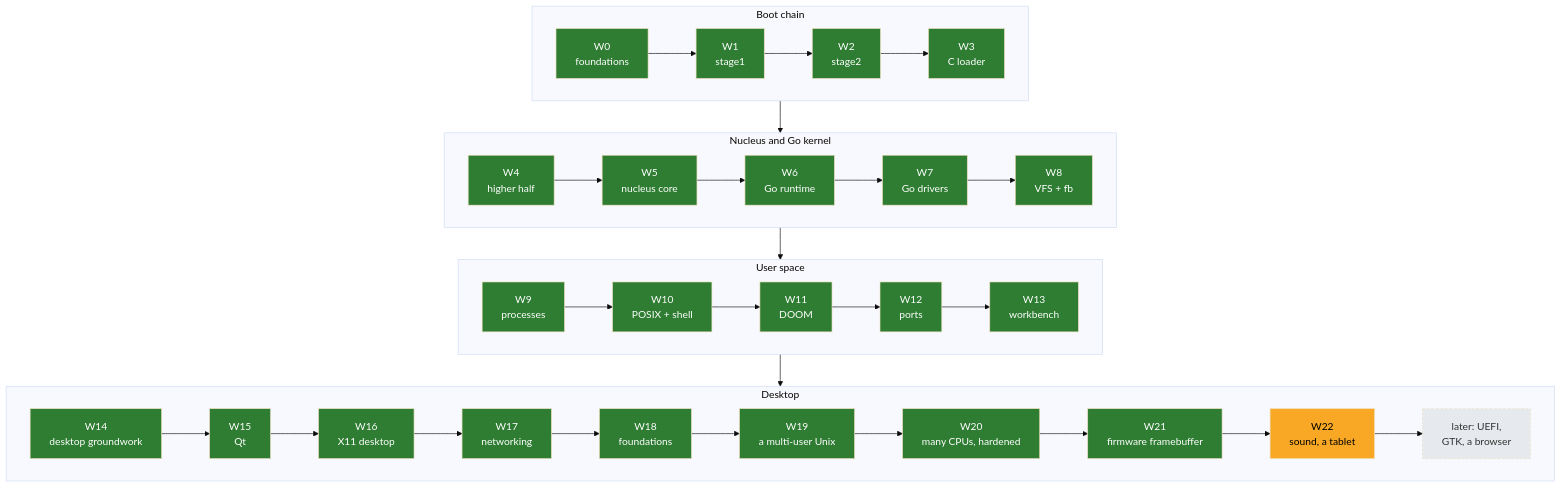
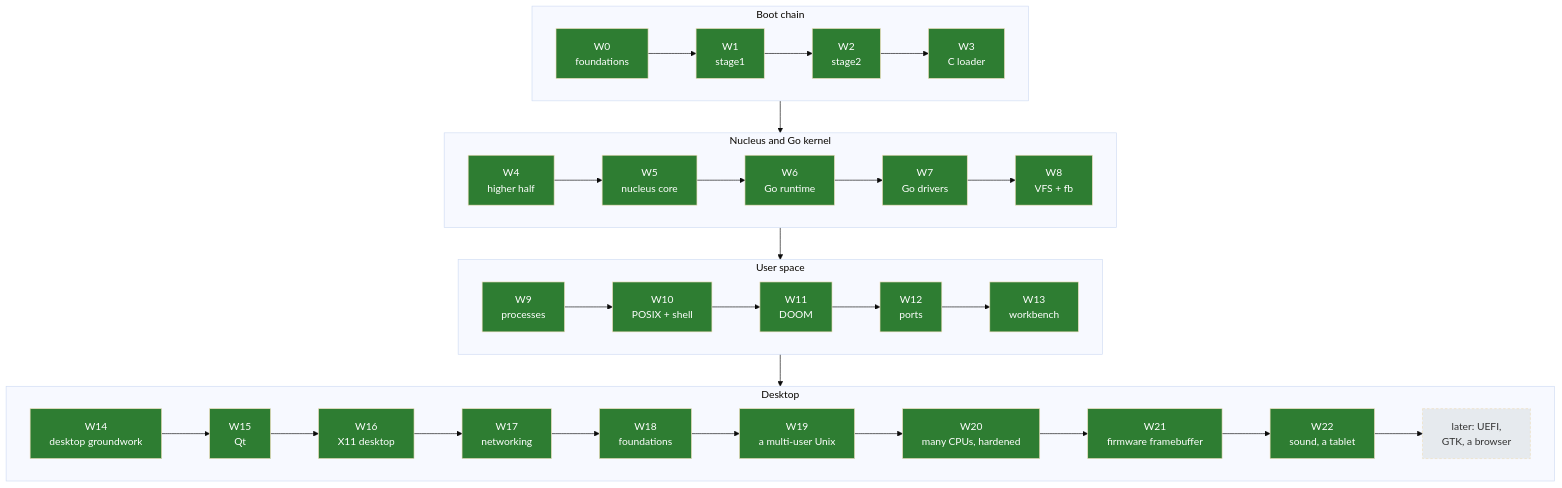
One commit to decagondev/burrow changed the diagram in docs/04-plan/ROADMAP.md. Above: the diagram before and after it, drawn with Mermaid (base theme). The commit also changed other lines of this file and 11 other files, not shown here.

````diff
--- a/docs/04-plan/ROADMAP.md
+++ b/docs/04-plan/ROADMAP.md
@@ -31,26 +31,25 @@
 ```mermaid
 flowchart TB
     subgraph boot["Boot chain"]
         direction LR
         W0["W0<br/>foundations"] --> W1["W1<br/>stage1"] --> W2["W2<br/>stage2"] --> W3["W3<br/>C loader"]
     end
     subgraph core["Nucleus and Go kernel"]
         direction LR
         W4["W4<br/>higher half"] --> W5["W5<br/>nucleus core"] --> W6["W6<br/>Go runtime"] --> W7["W7<br/>Go drivers"] --> W8["W8<br/>VFS + fb"]
     end
     subgraph unix["User space"]
         direction LR
         W9["W9<br/>processes"] --> W10["W10<br/>POSIX + shell"] --> W11["W11<br/>DOOM"] --> W12["W12<br/>ports"] --> W13["W13<br/>workbench"]
     end
     subgraph desk["Desktop"]
         direction LR
         W14["W14<br/>desktop groundwork"] --> W15["W15<br/>Qt"] --> W16["W16<br/>X11 desktop"] --> W17["W17<br/>networking"] --> W18["W18<br/>foundations"] --> W19["W19<br/>a multi-user Unix"] --> W20["W20<br/>many CPUs, hardened"] --> W21["W21<br/>firmware framebuffer"] --> W22["W22<br/>sound, a tablet"] --> X["later: UEFI,<br/>GTK, a browser"]
     end
     boot --> core --> unix --> desk
     classDef done fill:#2e7d32,color:#fff;
     classDef next fill:#f9a825,color:#000;
     classDef later fill:#e6eaee,color:#333,stroke-dasharray: 4 3;
-    class W0,W1,W2,W3,W4,W5,W6,W7,W8,W9,W10,W11,W12,W13,W14,W15,W16,W17,W18,W19,W20,W21 done;
-    class W22 next;
+    class W0,W1,W2,W3,W4,W5,W6,W7,W8,W9,W10,W11,W12,W13,W14,W15,W16,W17,W18,W19,W20,W21,W22 done;
     class X later;
 ```
````
